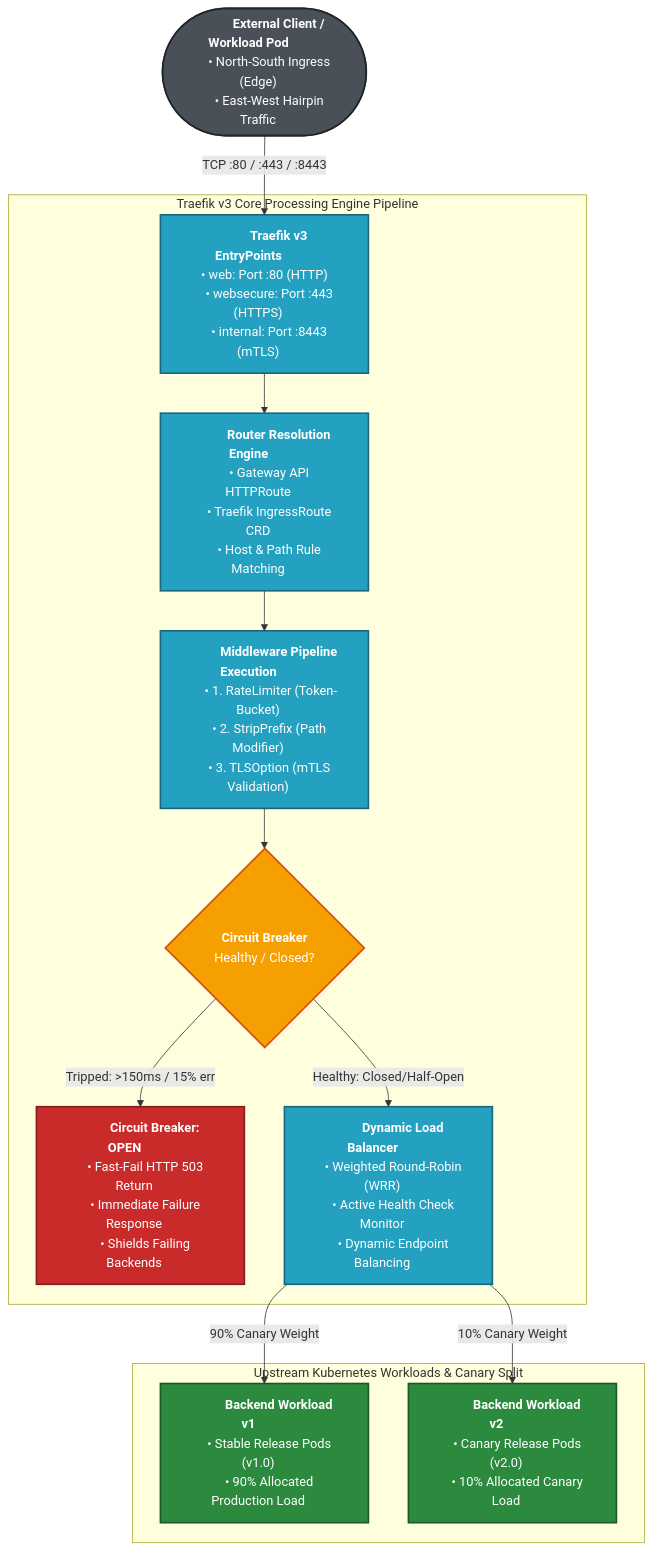
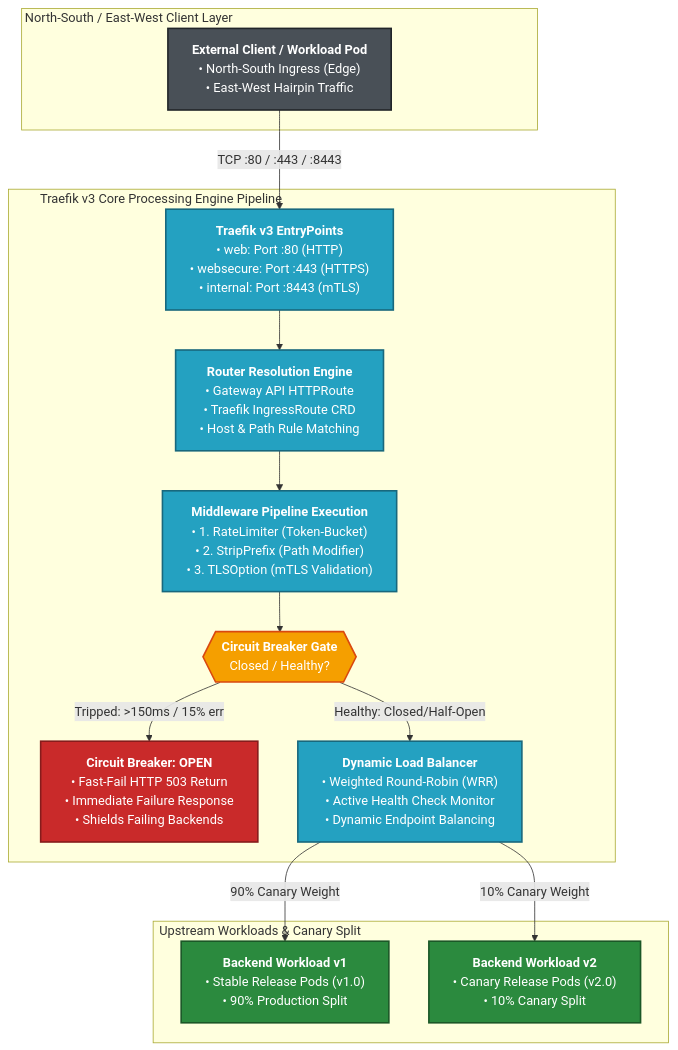
Before and after one commit to nubenetes/cloudnative-ingress-mesh-lab: the third of 8 diagrams in README.md, drawn with Mermaid.

Commit message:
fix(readme): fix Diagram 3 text truncation using wrappingWidth directive, hexagon gate, and clear-path subgraphs

````diff
--- a/README.md
+++ b/README.md
@@ -357,35 +357,48 @@
 ```mermaid
+%%{init: {"flowchart": {"wrappingWidth": 450, "nodeSpacing": 50, "rankSpacing": 50}}}%%
 flowchart TD
-    Client(["&nbsp;&nbsp;&nbsp;&nbsp;&nbsp;&nbsp;&nbsp;&nbsp;&nbsp;&nbsp;<b>External Client / Workload Pod</b>&nbsp;&nbsp;&nbsp;&nbsp;&nbsp;&nbsp;&nbsp;&nbsp;&nbsp;&nbsp;<br/>&nbsp;&nbsp;&nbsp;&nbsp;• North-South Ingress (Edge)&nbsp;&nbsp;&nbsp;&nbsp;<br/>&nbsp;&nbsp;&nbsp;&nbsp;• East-West Hairpin Traffic&nbsp;&nbsp;&nbsp;&nbsp;"]) -->|"TCP :80 / :443 / :8443"| EntryPoints
+    subgraph ClientTier ["North-South / East-West Client Layer&nbsp;&nbsp;&nbsp;&nbsp;&nbsp;&nbsp;&nbsp;&nbsp;&nbsp;&nbsp;&nbsp;&nbsp;&nbsp;&nbsp;&nbsp;&nbsp;&nbsp;&nbsp;&nbsp;&nbsp;&nbsp;&nbsp;&nbsp;&nbsp;&nbsp;&nbsp;&nbsp;&nbsp;&nbsp;&nbsp;&nbsp;&nbsp;&nbsp;&nbsp;&nbsp;&nbsp;&nbsp;&nbsp;&nbsp;&nbsp;&nbsp;&nbsp;&nbsp;&nbsp;&nbsp;&nbsp;&nbsp;&nbsp;&nbsp;&nbsp;&nbsp;&nbsp;&nbsp;&nbsp;&nbsp;&nbsp;&nbsp;&nbsp;&nbsp;&nbsp;&nbsp;&nbsp;&nbsp;&nbsp;&nbsp;&nbsp;&nbsp;&nbsp;&nbsp;&nbsp;&nbsp;&nbsp;&nbsp;&nbsp;&nbsp;&nbsp;&nbsp;&nbsp;&nbsp;&nbsp;&nbsp;&nbsp;&nbsp;&nbsp;&nbsp;&nbsp;&nbsp;&nbsp;&nbsp;&nbsp;&nbsp;&nbsp;&nbsp;&nbsp;&nbsp;"]
+        Client["<b>External Client / Workload Pod</b><br/>• North-South Ingress (Edge)<br/>• East-West Hairpin Traffic"]
+    end
 
-    subgraph Engine ["&nbsp;&nbsp;&nbsp;&nbsp;&nbsp;&nbsp;&nbsp;&nbsp;&nbsp;&nbsp;&nbsp;&nbsp;Traefik v3 Core Processing Engine Pipeline&nbsp;&nbsp;&nbsp;&nbsp;&nbsp;&nbsp;&nbsp;&nbsp;&nbsp;&nbsp;&nbsp;&nbsp;"]
-        EntryPoints["&nbsp;&nbsp;&nbsp;&nbsp;&nbsp;&nbsp;&nbsp;&nbsp;&nbsp;&nbsp;<b>Traefik v3 EntryPoints</b>&nbsp;&nbsp;&nbsp;&nbsp;&nbsp;&nbsp;&nbsp;&nbsp;&nbsp;&nbsp;<br/>&nbsp;&nbsp;&nbsp;&nbsp;• web: Port :80 (HTTP)&nbsp;&nbsp;&nbsp;&nbsp;<br/>&nbsp;&nbsp;&nbsp;&nbsp;• websecure: Port :443 (HTTPS)&nbsp;&nbsp;&nbsp;&nbsp;<br/>&nbsp;&nbsp;&nbsp;&nbsp;• internal: Port :8443 (mTLS)&nbsp;&nbsp;&nbsp;&nbsp;"]
+    subgraph Engine ["Traefik v3 Core Processing Engine Pipeline&nbsp;&nbsp;&nbsp;&nbsp;&nbsp;&nbsp;&nbsp;&nbsp;&nbsp;&nbsp;&nbsp;&nbsp;&nbsp;&nbsp;&nbsp;&nbsp;&nbsp;&nbsp;&nbsp;&nbsp;&nbsp;&nbsp;&nbsp;&nbsp;&nbsp;&nbsp;&nbsp;&nbsp;&nbsp;&nbsp;&nbsp;&nbsp;&nbsp;&nbsp;&nbsp;&nbsp;&nbsp;&nbsp;&nbsp;&nbsp;&nbsp;&nbsp;&nbsp;&nbsp;&nbsp;&nbsp;&nbsp;&nbsp;&nbsp;&nbsp;&nbsp;&nbsp;&nbsp;&nbsp;&nbsp;&nbsp;&nbsp;&nbsp;&nbsp;&nbsp;&nbsp;&nbsp;&nbsp;&nbsp;&nbsp;&nbsp;&nbsp;&nbsp;&nbsp;&nbsp;&nbsp;&nbsp;&nbsp;&nbsp;&nbsp;&nbsp;&nbsp;&nbsp;&nbsp;&nbsp;&nbsp;&nbsp;&nbsp;&nbsp;&nbsp;&nbsp;&nbsp;&nbsp;&nbsp;&nbsp;&nbsp;&nbsp;&nbsp;&nbsp;&nbsp;"]
+        EntryPoints["<b>Traefik v3 EntryPoints</b><br/>• web: Port :80 (HTTP)<br/>• websecure: Port :443 (HTTPS)<br/>• internal: Port :8443 (mTLS)"]
         
-        EntryPoints --> Routers["&nbsp;&nbsp;&nbsp;&nbsp;&nbsp;&nbsp;&nbsp;&nbsp;&nbsp;&nbsp;<b>Router Resolution Engine</b>&nbsp;&nbsp;&nbsp;&nbsp;&nbsp;&nbsp;&nbsp;&nbsp;&nbsp;&nbsp;<br/>&nbsp;&nbsp;&nbsp;&nbsp;• Gateway API HTTPRoute&nbsp;&nbsp;&nbsp;&nbsp;<br/>&nbsp;&nbsp;&nbsp;&nbsp;• Traefik IngressRoute CRD&nbsp;&nbsp;&nbsp;&nbsp;<br/>&nbsp;&nbsp;&nbsp;&nbsp;• Host & Path Rule Matching&nbsp;&nbsp;&nbsp;&nbsp;"]
+        Routers["<b>Router Resolution Engine</b><br/>• Gateway API HTTPRoute<br/>• Traefik IngressRoute CRD<br/>• Host & Path Rule Matching"]
         
-        Routers --> MWChain["&nbsp;&nbsp;&nbsp;&nbsp;&nbsp;&nbsp;&nbsp;&nbsp;&nbsp;&nbsp;<b>Middleware Pipeline Execution</b>&nbsp;&nbsp;&nbsp;&nbsp;&nbsp;&nbsp;&nbsp;&nbsp;&nbsp;&nbsp;<br/>&nbsp;&nbsp;&nbsp;&nbsp;• 1. RateLimiter (Token-Bucket)&nbsp;&nbsp;&nbsp;&nbsp;<br/>&nbsp;&nbsp;&nbsp;&nbsp;• 2. StripPrefix (Path Modifier)&nbsp;&nbsp;&nbsp;&nbsp;<br/>&nbsp;&nbsp;&nbsp;&nbsp;• 3. TLSOption (mTLS Validation)&nbsp;&nbsp;&nbsp;&nbsp;"]
+        MWChain["<b>Middleware Pipeline Execution</b><br/>• 1. RateLimiter (Token-Bucket)<br/>• 2. StripPrefix (Path Modifier)<br/>• 3. TLSOption (mTLS Validation)"]
         
-        MWChain --> CBCheck{"&nbsp;&nbsp;&nbsp;&nbsp;&nbsp;&nbsp;&nbsp;&nbsp;<b>Circuit Breaker</b>&nbsp;&nbsp;&nbsp;&nbsp;&nbsp;&nbsp;&nbsp;&nbsp;<br/>&nbsp;&nbsp;&nbsp;&nbsp;Healthy / Closed?&nbsp;&nbsp;&nbsp;&nbsp;"}
+        CBCheck{{"<b>Circuit Breaker Gate</b><br/>Closed / Healthy?"}}
         
-        CBCheck -->|"Tripped: >150ms / 15% err"| FastFail["&nbsp;&nbsp;&nbsp;&nbsp;&nbsp;&nbsp;&nbsp;&nbsp;&nbsp;&nbsp;<b>Circuit Breaker: OPEN</b>&nbsp;&nbsp;&nbsp;&nbsp;&nbsp;&nbsp;&nbsp;&nbsp;&nbsp;&nbsp;<br/>&nbsp;&nbsp;&nbsp;&nbsp;• Fast-Fail HTTP 503 Return&nbsp;&nbsp;&nbsp;&nbsp;<br/>&nbsp;&nbsp;&nbsp;&nbsp;• Immediate Failure Response&nbsp;&nbsp;&nbsp;&nbsp;<br/>&nbsp;&nbsp;&nbsp;&nbsp;• Shields Failing Backends&nbsp;&nbsp;&nbsp;&nbsp;"]
+        FastFail["<b>Circuit Breaker: OPEN</b><br/>• Fast-Fail HTTP 503 Return<br/>• Immediate Failure Response<br/>• Shields Failing Backends"]
         
-        CBCheck -->|"Healthy: Closed/Half-Open"| LoadBalancer["&nbsp;&nbsp;&nbsp;&nbsp;&nbsp;&nbsp;&nbsp;&nbsp;&nbsp;&nbsp;<b>Dynamic Load Balancer</b>&nbsp;&nbsp;&nbsp;&nbsp;&nbsp;&nbsp;&nbsp;&nbsp;&nbsp;&nbsp;<br/>&nbsp;&nbsp;&nbsp;&nbsp;• Weighted Round-Robin (WRR)&nbsp;&nbsp;&nbsp;&nbsp;<br/>&nbsp;&nbsp;&nbsp;&nbsp;• Active Health Check Monitor&nbsp;&nbsp;&nbsp;&nbsp;<br/>&nbsp;&nbsp;&nbsp;&nbsp;• Dynamic Endpoint Balancing&nbsp;&nbsp;&nbsp;&nbsp;"]
+        LoadBalancer["<b>Dynamic Load Balancer</b><br/>• Weighted Round-Robin (WRR)<br/>• Active Health Check Monitor<br/>• Dynamic Endpoint Balancing"]
+        
+        EntryPoints --> Routers
+        Routers --> MWChain
+        MWChain --> CBCheck
+        CBCheck -->|"Tripped: >150ms / 15% err"| FastFail
+        CBCheck -->|"Healthy: Closed/Half-Open"| LoadBalancer
     end
     
-    subgraph Workloads ["&nbsp;&nbsp;&nbsp;&nbsp;&nbsp;&nbsp;&nbsp;&nbsp;&nbsp;&nbsp;&nbsp;&nbsp;Upstream Kubernetes Workloads & Canary Split&nbsp;&nbsp;&nbsp;&nbsp;&nbsp;&nbsp;&nbsp;&nbsp;&nbsp;&nbsp;&nbsp;&nbsp;"]
-        LoadBalancer -->|"90% Canary Weight"| PodA["&nbsp;&nbsp;&nbsp;&nbsp;&nbsp;&nbsp;&nbsp;&nbsp;&nbsp;&nbsp;<b>Backend Workload v1</b>&nbsp;&nbsp;&nbsp;&nbsp;&nbsp;&nbsp;&nbsp;&nbsp;&nbsp;&nbsp;<br/>&nbsp;&nbsp;&nbsp;&nbsp;• Stable Release Pods (v1.0)&nbsp;&nbsp;&nbsp;&nbsp;<br/>&nbsp;&nbsp;&nbsp;&nbsp;• 90% Allocated Production Load&nbsp;&nbsp;&nbsp;&nbsp;"]
-        LoadBalancer -->|"10% Canary Weight"| PodB["&nbsp;&nbsp;&nbsp;&nbsp;&nbsp;&nbsp;&nbsp;&nbsp;&nbsp;&nbsp;<b>Backend Workload v2</b>&nbsp;&nbsp;&nbsp;&nbsp;&nbsp;&nbsp;&nbsp;&nbsp;&nbsp;&nbsp;<br/>&nbsp;&nbsp;&nbsp;&nbsp;• Canary Release Pods (v2.0)&nbsp;&nbsp;&nbsp;&nbsp;<br/>&nbsp;&nbsp;&nbsp;&nbsp;• 10% Allocated Canary Load&nbsp;&nbsp;&nbsp;&nbsp;"]
+    subgraph Workloads ["Upstream Workloads & Canary Split&nbsp;&nbsp;&nbsp;&nbsp;&nbsp;&nbsp;&nbsp;&nbsp;&nbsp;&nbsp;&nbsp;&nbsp;&nbsp;&nbsp;&nbsp;&nbsp;&nbsp;&nbsp;&nbsp;&nbsp;&nbsp;&nbsp;&nbsp;&nbsp;&nbsp;&nbsp;&nbsp;&nbsp;&nbsp;&nbsp;&nbsp;&nbsp;&nbsp;&nbsp;&nbsp;&nbsp;&nbsp;&nbsp;&nbsp;&nbsp;&nbsp;&nbsp;&nbsp;&nbsp;&nbsp;&nbsp;&nbsp;&nbsp;&nbsp;&nbsp;&nbsp;&nbsp;&nbsp;&nbsp;&nbsp;&nbsp;&nbsp;&nbsp;&nbsp;&nbsp;&nbsp;&nbsp;&nbsp;&nbsp;&nbsp;&nbsp;&nbsp;&nbsp;&nbsp;&nbsp;&nbsp;&nbsp;&nbsp;&nbsp;&nbsp;&nbsp;&nbsp;&nbsp;&nbsp;&nbsp;&nbsp;&nbsp;&nbsp;&nbsp;&nbsp;&nbsp;&nbsp;&nbsp;&nbsp;&nbsp;&nbsp;&nbsp;&nbsp;&nbsp;&nbsp;"]
+        PodA["<b>Backend Workload v1</b><br/>• Stable Release Pods (v1.0)<br/>• 90% Production Split"]
+        PodB["<b>Backend Workload v2</b><br/>• Canary Release Pods (v2.0)<br/>• 10% Canary Split"]
     end
 
-    classDef client fill:#495057,stroke:#212529,stroke-width:2px,color:#fff;
-    classDef traefik fill:#24A1C1,stroke:#18687d,stroke-width:2px,color:#fff;
-    classDef decision fill:#f59f00,stroke:#d9480f,stroke-width:2px,color:#fff;
-    classDef fail fill:#c92a2a,stroke:#861c1c,stroke-width:2px,color:#fff;
-    classDef pods fill:#2b8a3e,stroke:#1b5727,stroke-width:2px,color:#fff;
+    Client -->|"TCP :80 / :443 / :8443"| EntryPoints
+    LoadBalancer -->|"90% Canary Weight"| PodA
+    LoadBalancer -->|"10% Canary Weight"| PodB
+
+    classDef client fill:#495057,stroke:#212529,stroke-width:2px,color:#fff,min-width:260px;
+    classDef traefik fill:#24A1C1,stroke:#18687d,stroke-width:2px,color:#fff,min-width:260px;
+    classDef decision fill:#f59f00,stroke:#d9480f,stroke-width:2px,color:#fff,min-width:200px;
+    classDef fail fill:#c92a2a,stroke:#861c1c,stroke-width:2px,color:#fff,min-width:260px;
+    classDef pods fill:#2b8a3e,stroke:#1b5727,stroke-width:2px,color:#fff,min-width:260px;
 
     class Client client;
     class EntryPoints,Routers,MWChain,LoadBalancer traefik;
     class CBCheck decision;
     class FastFail fail;
     class PodA,PodB pods;
 ```
````
